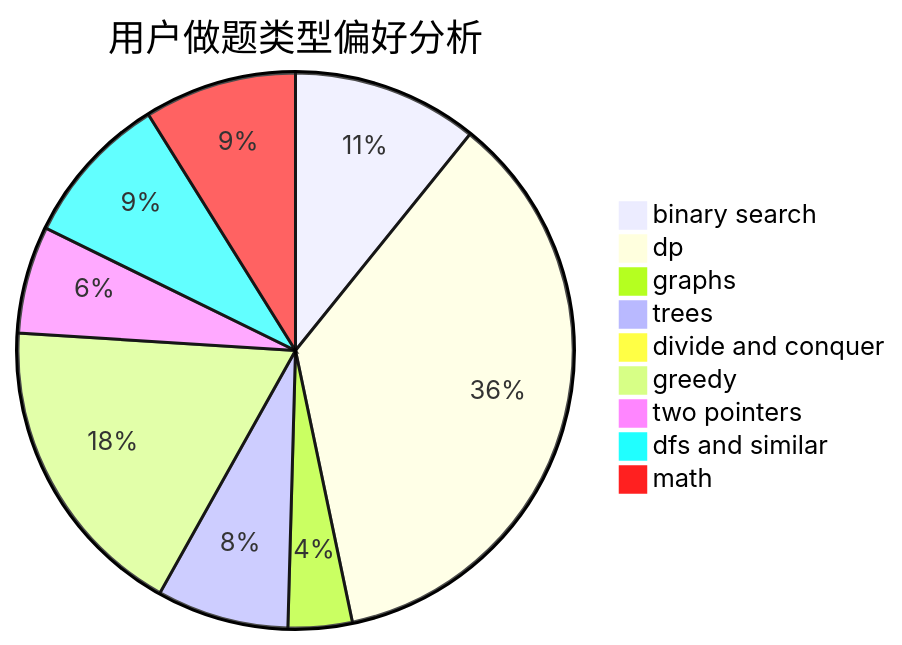
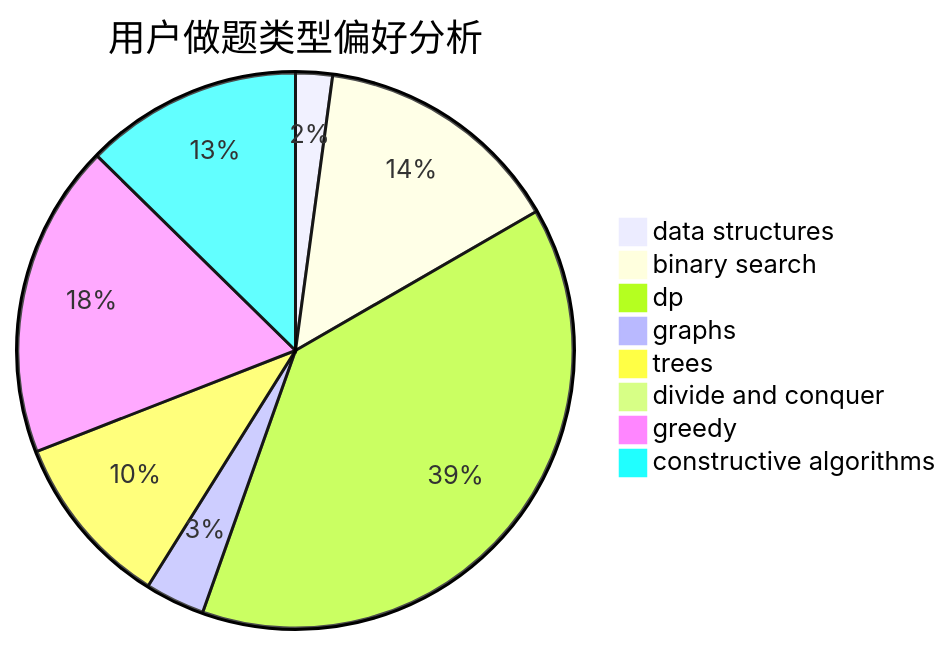
One commit to sherpahu/cfrs.github.io changed the second of 3 diagrams in docs/user/u218.md. Above: the diagram before and after it, drawn with Mermaid. The commit also changed other lines of this file and 2775 other files, not shown here.

````diff
--- a/docs/user/u218.md
+++ b/docs/user/u218.md
@@ -23,12 +23,11 @@
 ```mermaid
 pie title 用户做题类型偏好分析
-    "binary search" :  235
-    "dp" :  781
-    "graphs" :  81
-    "trees" :  167
+    "data structures" :  32
+    "binary search" :  217
+    "dp" :  579
+    "graphs" :  52
+    "trees" :  152
     "divide and conquer" :  7
-    "greedy" :  389
-    "two pointers" :  136
-    "dfs and similar" :  193
-    "math" :  193
+    "greedy" :  273
+    "constructive algorithms" :  189
 ```
````
